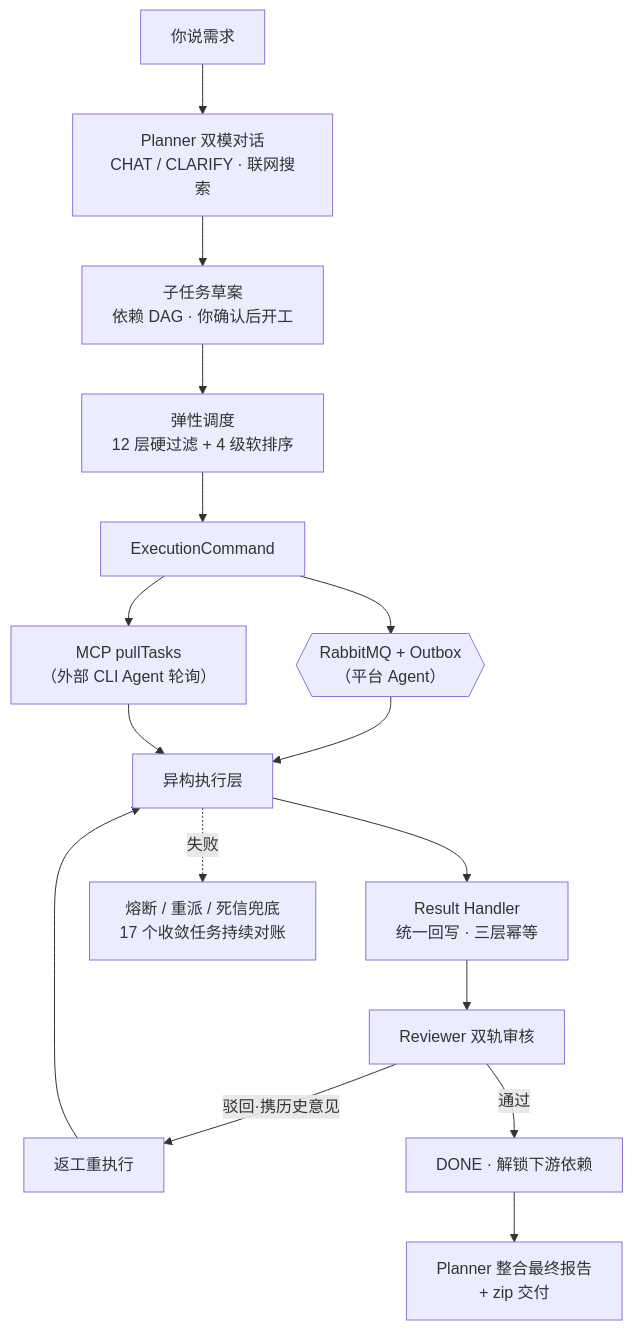
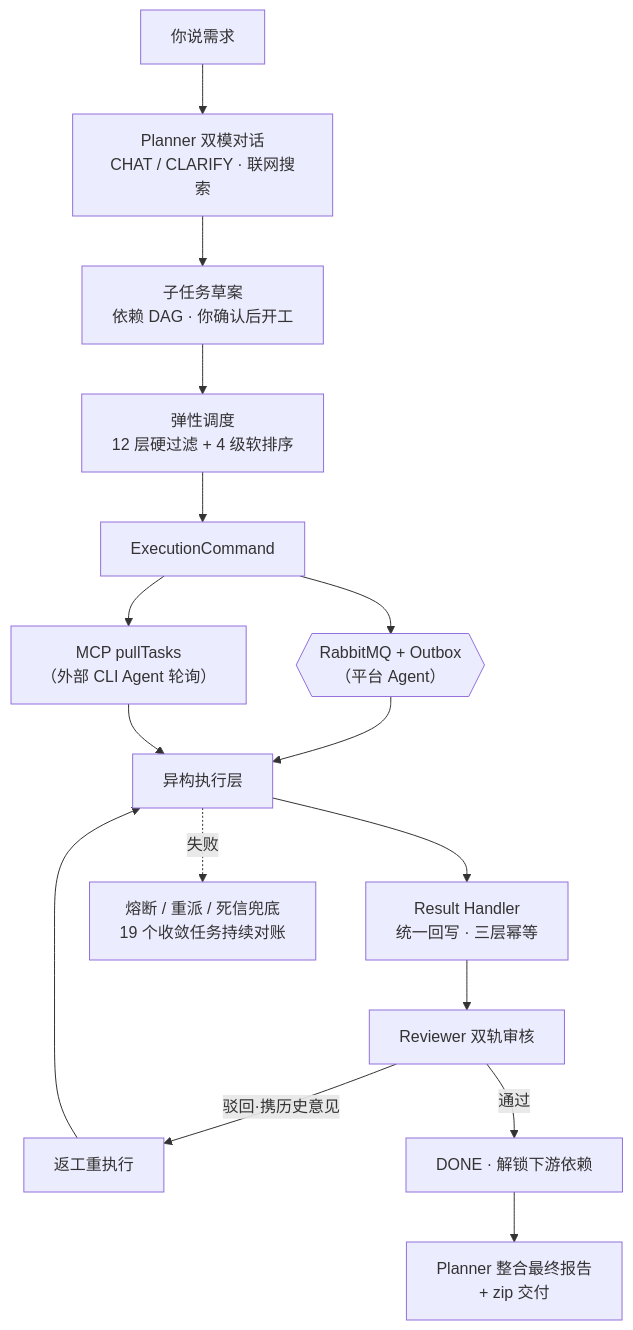
One commit to undefined-404/helloai changed the first of 5 diagrams in doc/HelloAI_项目介绍.md. Above: the diagram before and after it, drawn with Mermaid. The commit also changed other lines of this file and 10 other files, not shown here.

````diff
--- a/doc/HelloAI_项目介绍.md
+++ b/doc/HelloAI_项目介绍.md
@@ -83,18 +83,18 @@
 ```mermaid
 flowchart TB
     REQ["你说需求"] --> PL["Planner 双模对话<br/>CHAT / CLARIFY · 联网搜索"]
     PL --> DRAFT["子任务草案<br/>依赖 DAG · 你确认后开工"]
     DRAFT --> SEL["弹性调度<br/>12 层硬过滤 + 4 级软排序"]
     SEL --> CMD["ExecutionCommand"]
     CMD --> MQ{{"RabbitMQ + Outbox<br/>（平台 Agent）"}}
     CMD --> MCP["MCP pullTasks<br/>（外部 CLI Agent 轮询）"]
     MQ --> EXE["异构执行层"]
     MCP --> EXE
     EXE --> RH["Result Handler<br/>统一回写 · 三层幂等"]
     RH --> RV["Reviewer 双轨审核"]
     RV -->|驳回·携历史意见| RW["返工重执行"]
     RW --> EXE
     RV -->|通过| DONE["DONE · 解锁下游依赖"]
     DONE --> REPORT["Planner 整合最终报告<br/>+ zip 交付"]
-    EXE -. 失败 .-> GUARD["熔断 / 重派 / 死信兜底<br/>17 个收敛任务持续对账"]
+    EXE -. 失败 .-> GUARD["熔断 / 重派 / 死信兜底<br/>19 个收敛任务持续对账"]
 ```
````
